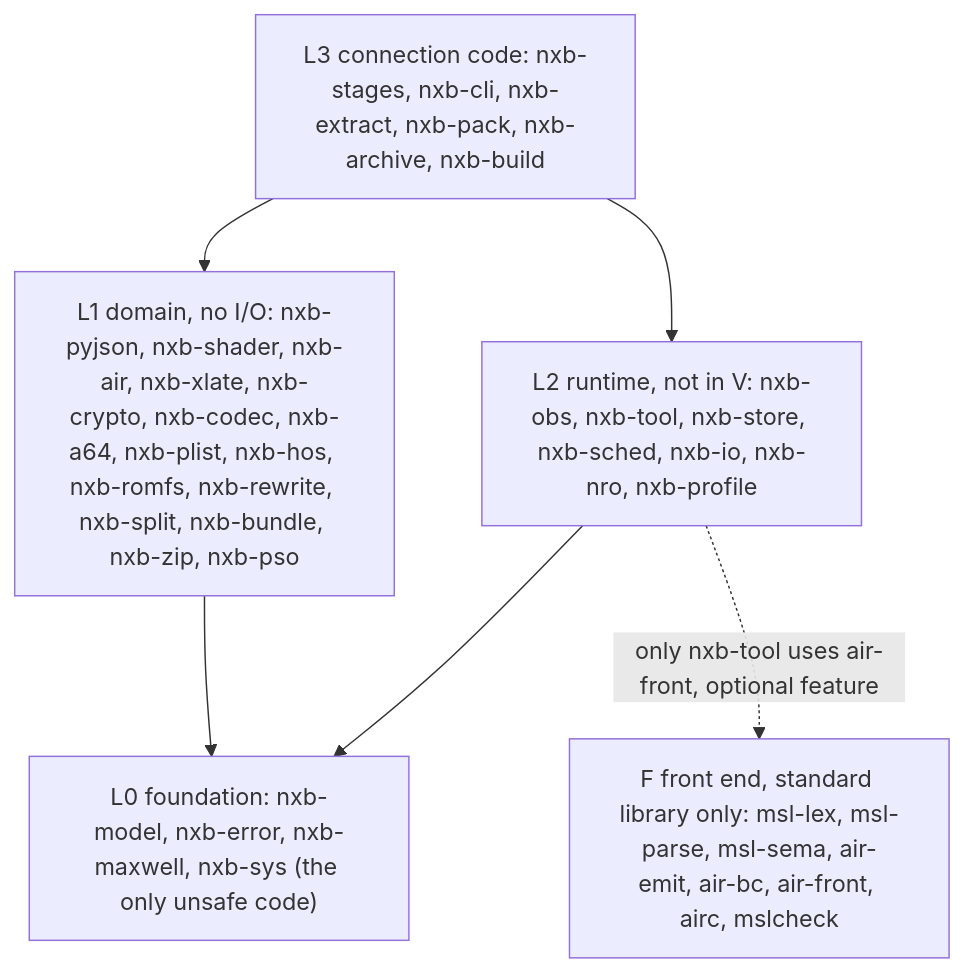
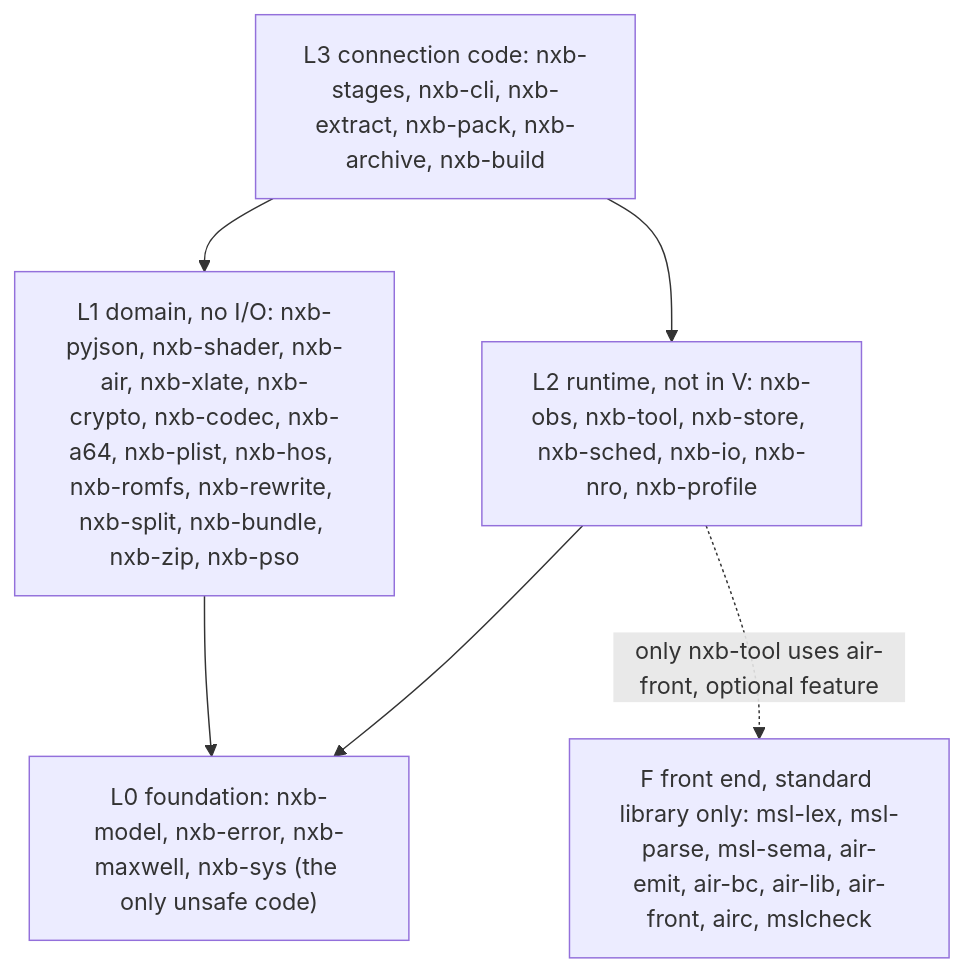
The first of 2 diagrams in docs/architecture.md (ComicBit/nxkit), drawn with Mermaid before and after one commit. The commit also changed other lines of this file and 21 other files, not shown here.

````diff
--- a/docs/architecture.md
+++ b/docs/architecture.md
@@ -19,11 +19,11 @@
 ```mermaid
 flowchart TD
   L3["L3 connection code: nxb-stages, nxb-cli, nxb-extract, nxb-pack, nxb-archive, nxb-build"]
   L2["L2 runtime, not in V: nxb-obs, nxb-tool, nxb-store, nxb-sched, nxb-io, nxb-nro, nxb-profile"]
   L1["L1 domain, no I/O: nxb-pyjson, nxb-shader, nxb-air, nxb-xlate, nxb-crypto, nxb-codec, nxb-a64, nxb-plist, nxb-hos, nxb-romfs, nxb-rewrite, nxb-split, nxb-bundle, nxb-zip, nxb-pso"]
   L0["L0 foundation: nxb-model, nxb-error, nxb-maxwell, nxb-sys (the only unsafe code)"]
-  LF["F front end, standard library only: msl-lex, msl-parse, msl-sema, air-emit, air-bc, air-front, airc, mslcheck"]
+  LF["F front end, standard library only: msl-lex, msl-parse, msl-sema, air-emit, air-bc, air-lib, air-front, airc, mslcheck"]
   L3 --> L2 --> L0
   L3 --> L1 --> L0
   L2 -.->|only nxb-tool uses air-front, optional feature| LF
 ```
````
